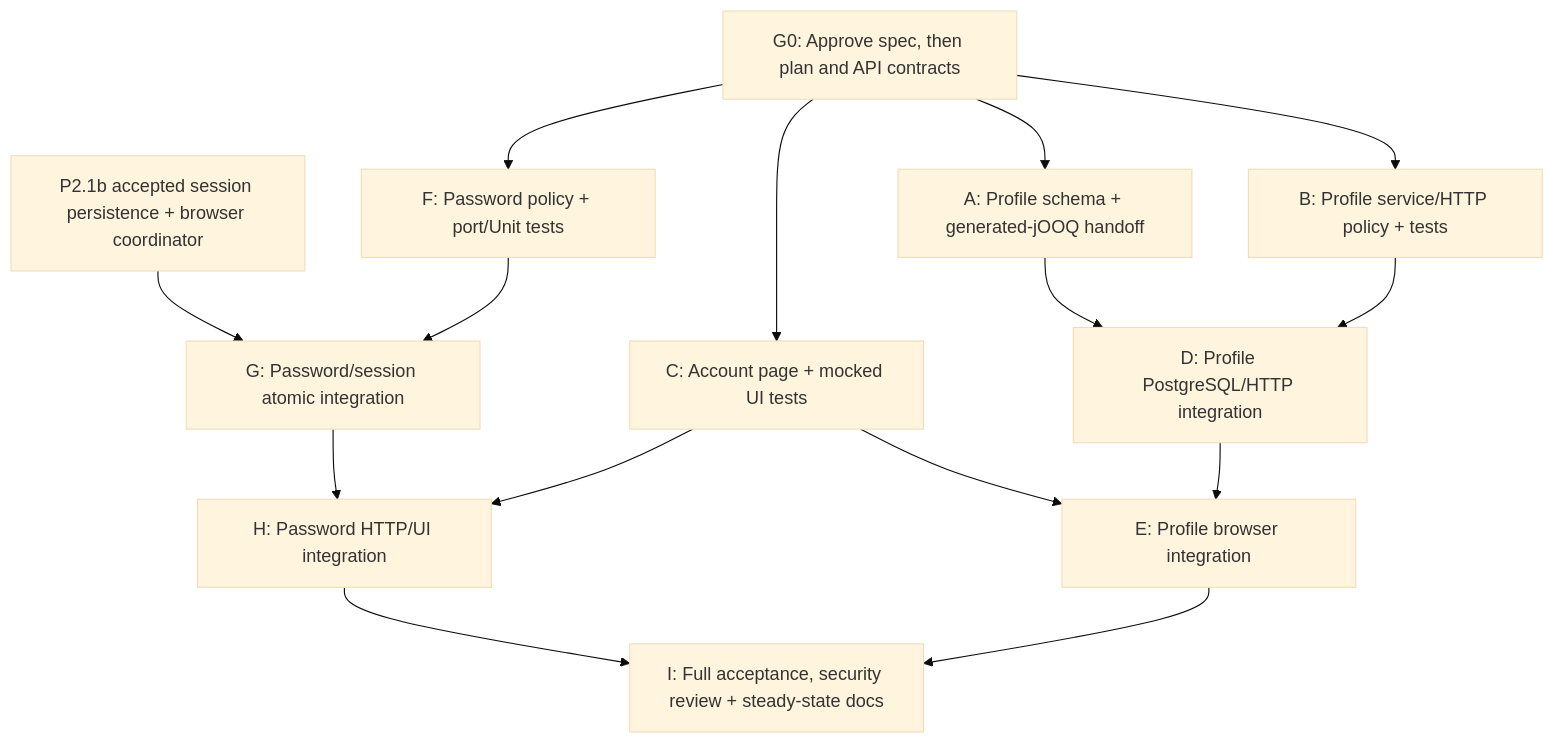
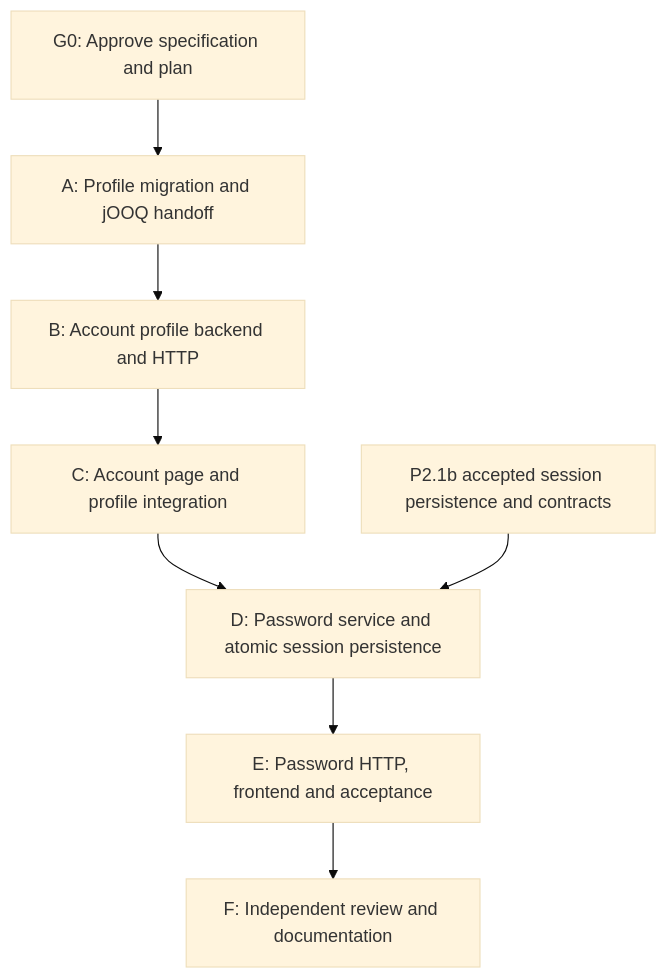
Before and after one commit to frederik-hoeft/min-favs-sharewise: the diagram in docs/internal/tasks/p2.1c-account-updates/plan.md, drawn with Mermaid (base theme). The commit also changed other lines of this file and 1 other file, not shown here.

Commit message:
P2.1c-G0: Sequentialize implementation and refine password route

````diff
--- a/docs/internal/tasks/p2.1c-account-updates/plan.md
+++ b/docs/internal/tasks/p2.1c-account-updates/plan.md
@@ -15,17 +15,10 @@
 ```mermaid
 flowchart TD
-    G0["G0: Approve spec, then plan and API contracts"] --> A["A: Profile schema + generated-jOOQ handoff"]
-    G0 --> B["B: Profile service/HTTP policy + tests"]
-    G0 --> C["C: Account page + mocked UI tests"]
-    A --> D["D: Profile PostgreSQL/HTTP integration"]
-    B --> D
-    C --> E["E: Profile browser integration"]
-    D --> E
-    G0 --> F["F: Password policy + port/Unit tests"]
-    P2B["P2.1b accepted session persistence + browser coordinator"] --> G["G: Password/session atomic integration"]
-    F --> G
-    G --> H["H: Password HTTP/UI integration"]
-    C --> H
-    H --> I["I: Full acceptance, security review + steady-state docs"]
-    E --> I
+    G0["G0: Approve specification and plan"] --> A["A: Profile migration and jOOQ handoff"]
+    A --> B["B: Account profile backend and HTTP"]
+    B --> C["C: Account page and profile integration"]
+    C --> D["D: Password service and atomic session persistence"]
+    P2B["P2.1b accepted session persistence and contracts"] --> D
+    D --> E["E: Password HTTP, frontend and acceptance"]
+    E --> F["F: Independent review and documentation"]
 ```
````
